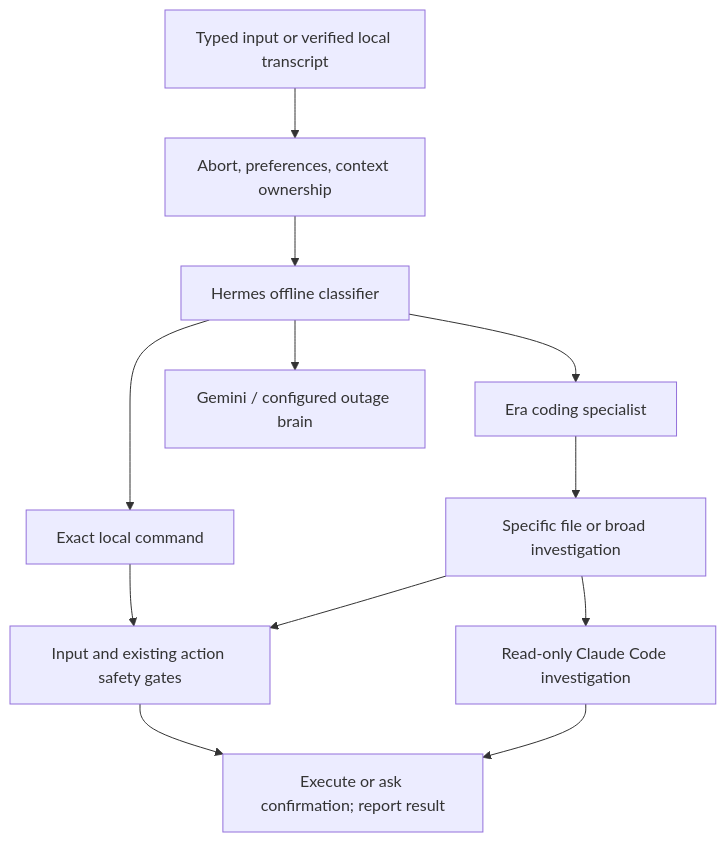
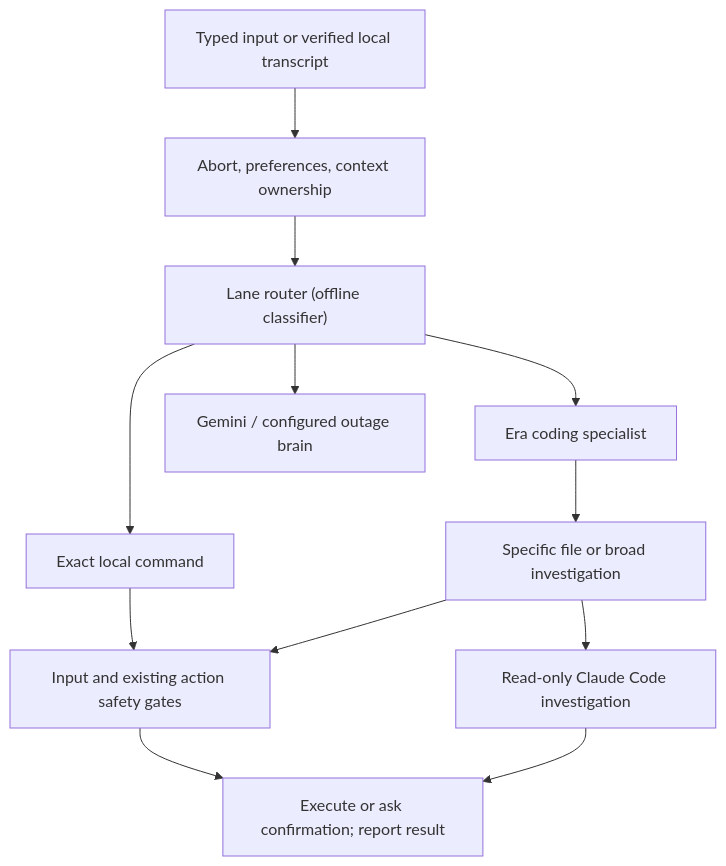
One commit to kimuss92/EraOne changed the diagram in AUTOPILOT_ARCHITECTURE.md. Above: the diagram before and after it, drawn with Mermaid. The commit also changed other lines of this file and 70 other files, not shown here.

````diff
--- a/AUTOPILOT_ARCHITECTURE.md
+++ b/AUTOPILOT_ARCHITECTURE.md
@@ -43,14 +43,14 @@
 ```mermaid
 flowchart TD
     Input["Typed input or verified local transcript"] --> Priority["Abort, preferences, context ownership"]
-    Priority --> Hermes["Hermes offline classifier"]
-    Hermes --> Local["Exact local command"]
-    Hermes --> Code["Era coding specialist"]
-    Hermes --> Main["Gemini / configured outage brain"]
+    Priority --> Lane["Lane router (offline classifier)"]
+    Lane --> Local["Exact local command"]
+    Lane --> Code["Era coding specialist"]
+    Lane --> Main["Gemini / configured outage brain"]
     Local --> Gate["Input and existing action safety gates"]
     Code --> Mode["Specific file or broad investigation"]
     Mode --> Gate
     Mode --> Plan["Read-only Claude Code investigation"]
     Gate --> Result["Execute or ask confirmation; report result"]
     Plan --> Result
 ```
````
